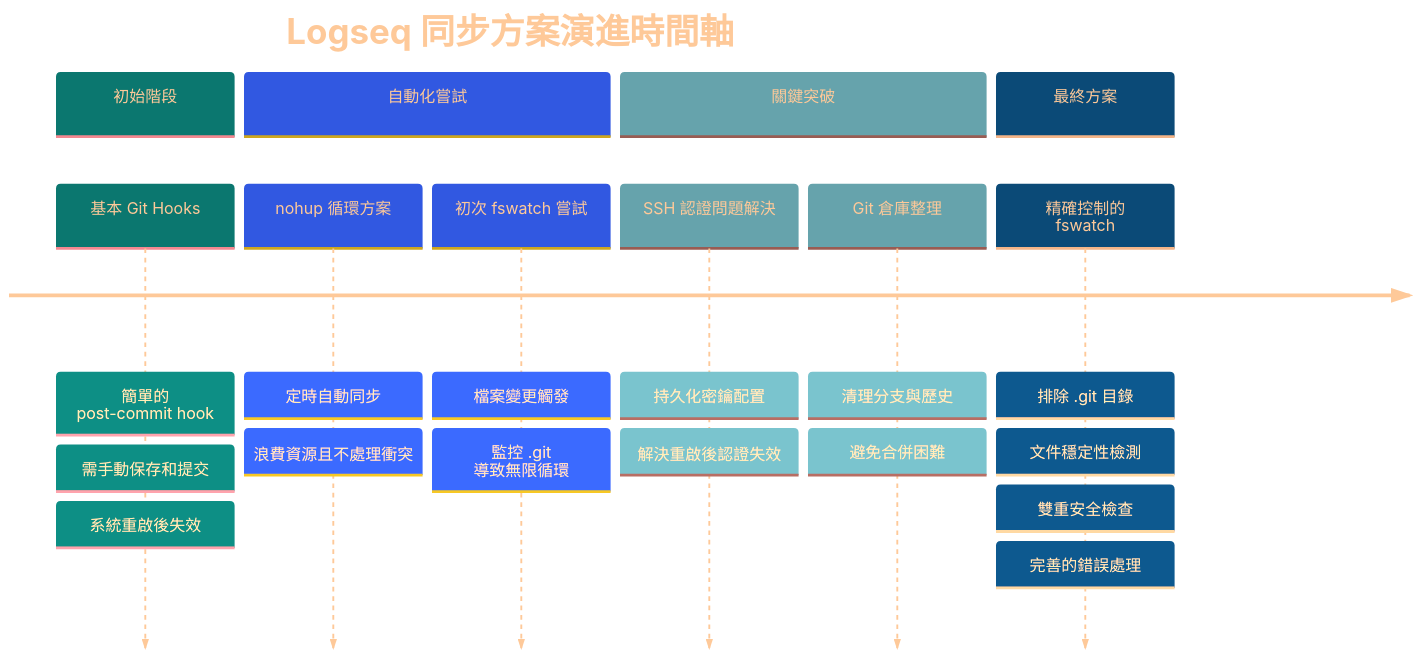
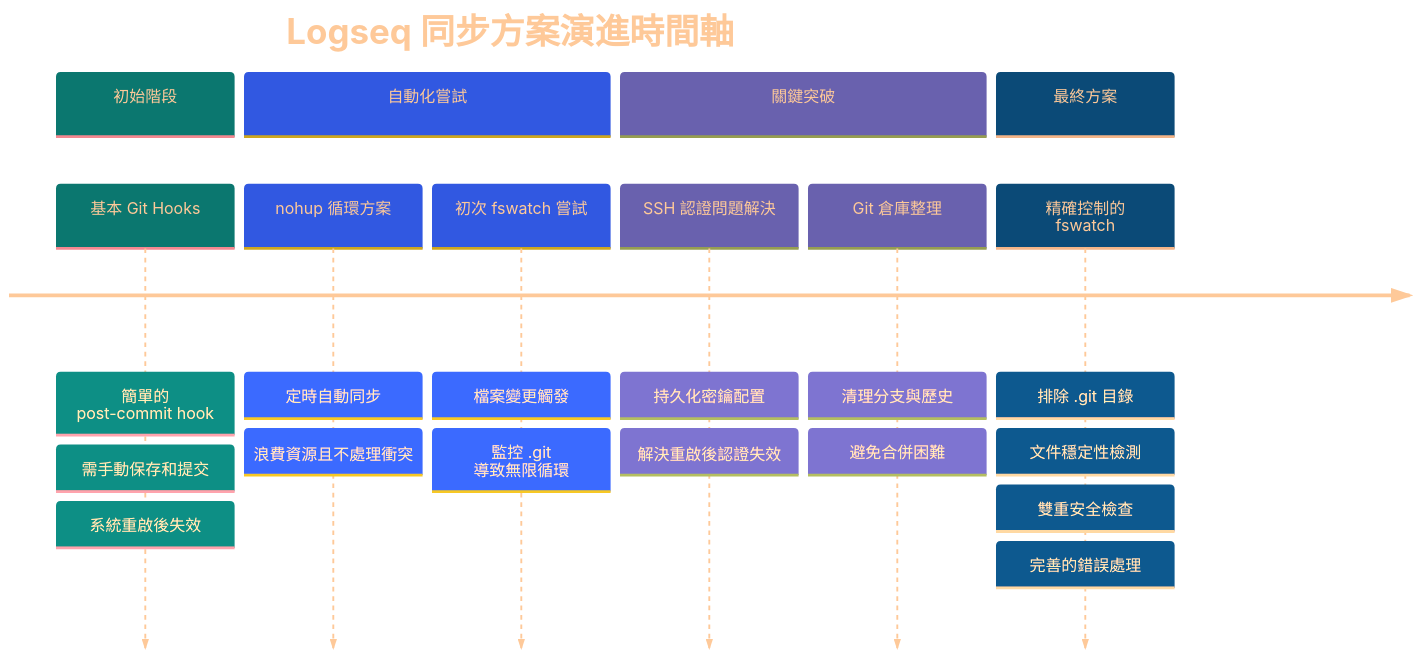
One commit to GengGeng026/Sync-Logseq changed the first of 2 diagrams in Logseq同步方案演進記錄.md. Above: the diagram before and after it, drawn with Mermaid.

Commit message:
Auto saved by Logseq

````diff
--- a/Logseq同步方案演進記錄.md
+++ b/Logseq同步方案演進記錄.md
@@ -24,38 +24,38 @@
 ```mermaid
 %%{init: {
   'theme': 'base', 
   'themeVariables': {
     'primaryTextColor': '#FEC999',
     'primaryColor': '#19E9D9',
     'secondaryColor': '#A0B2F1',
-    'tertiaryColor': '#B9D5D9',
+    'tertiaryColor': '#B9B5D9',
     'primaryBorderColor': '#A9D9D9',
     'background': 'transparent',
     'clusterBkg': 'transparent',
     'fontFamily': 'default',
     'fontSize': '17px',
     'fontWeight': 'normal'
   }
 }}%%
 timeline
     title Logseq 同步方案演進時間軸
     section 初始階段
         基本 Git Hooks : 簡單的 post-commit hook
         : 需手動保存和提交
         : 系統重啟後失效
     section 自動化嘗試
         nohup 循環方案 : 定時自動同步
         : 浪費資源且不處理衝突
         初次 fswatch 嘗試 : 檔案變更觸發
         : 監控 .git 導致無限循環
     section 關鍵突破
         SSH 認證問題解決 : 持久化密鑰配置
         : 解決重啟後認證失效
         Git 倉庫整理 : 清理分支與歷史
         : 避免合併困難
     section 最終方案
         精確控制的 fswatch : 排除 .git 目錄
         : 文件穩定性檢測
         : 雙重安全檢查
         : 完善的錯誤處理
 ```
````
